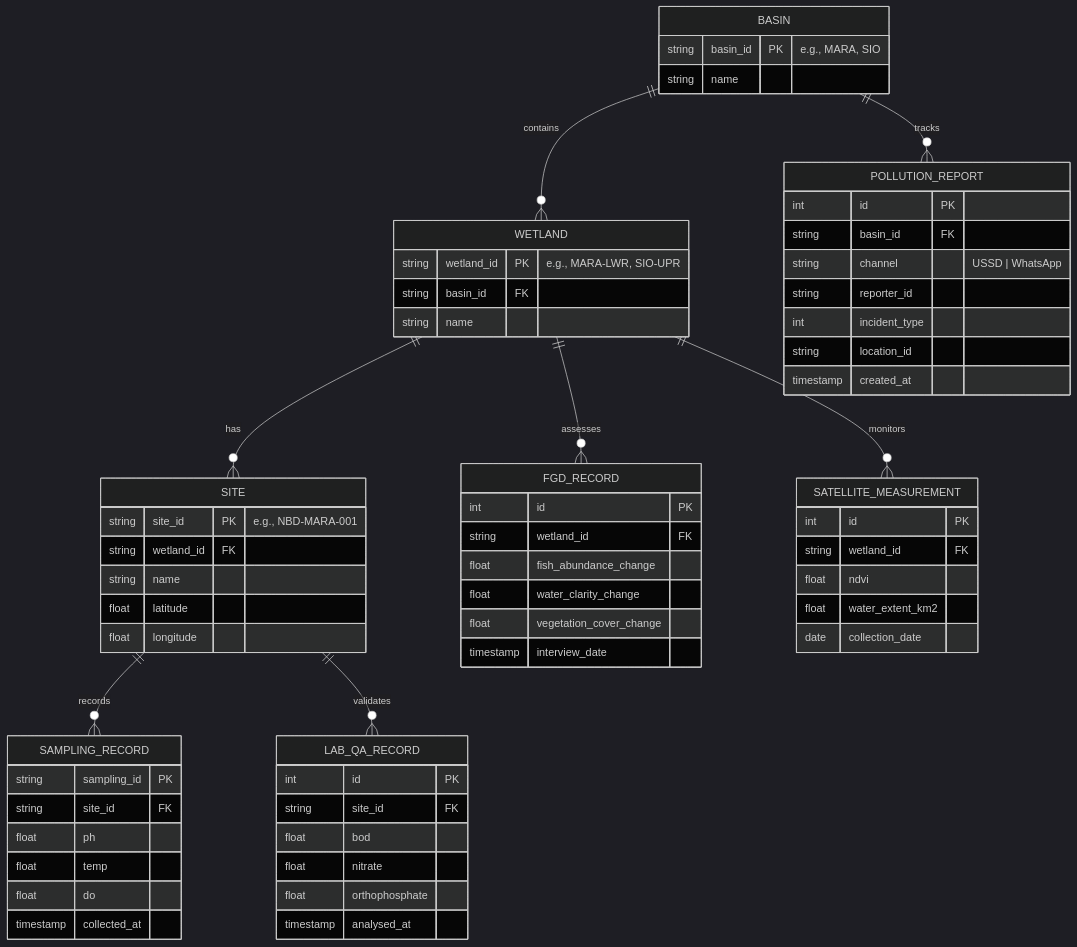
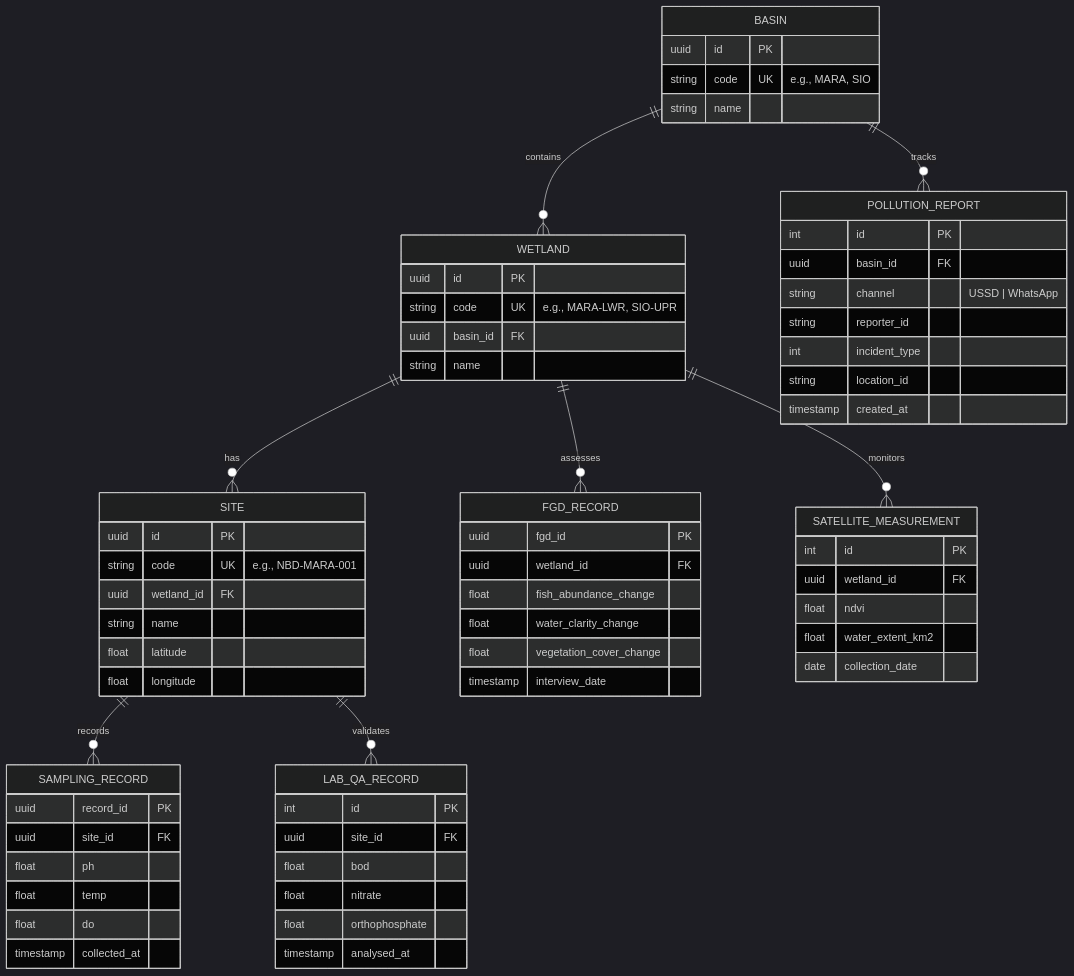
One commit to akvo/nbd-phase-1 changed the second of 2 diagrams in docs/form_definition_schema.md. Above: the diagram before and after it, drawn with Mermaid (dark theme). The commit also changed other lines of this file and 5 other files, not shown here.

Commit message:
[#14] docs(spatial): align schema and api contracts with UUID spatial refactor

````diff
--- a/docs/form_definition_schema.md
+++ b/docs/form_definition_schema.md
@@ -487,67 +488,70 @@
 ```mermaid
 erDiagram
     BASIN {
-        string basin_id PK "e.g., MARA, SIO"
+        uuid id PK
+        string code UK "e.g., MARA, SIO"
         string name
     }
     WETLAND {
-        string wetland_id PK "e.g., MARA-LWR, SIO-UPR"
-        string basin_id FK
+        uuid id PK
+        string code UK "e.g., MARA-LWR, SIO-UPR"
+        uuid basin_id FK
         string name
     }
     SITE {
-        string site_id PK "e.g., NBD-MARA-001"
-        string wetland_id FK
+        uuid id PK
+        string code UK "e.g., NBD-MARA-001"
+        uuid wetland_id FK
         string name
         float latitude
         float longitude
     }
     POLLUTION_REPORT {
         int id PK
-        string basin_id FK
+        uuid basin_id FK
         string channel "USSD | WhatsApp"
         string reporter_id
         int incident_type
         string location_id
         timestamp created_at
     }
     SAMPLING_RECORD {
-        string sampling_id PK
-        string site_id FK
+        uuid record_id PK
+        uuid site_id FK
         float ph
         float temp
         float do
         timestamp collected_at
     }
     LAB_QA_RECORD {
         int id PK
-        string site_id FK
+        uuid site_id FK
         float bod
         float nitrate
         float orthophosphate
         timestamp analysed_at
     }
     FGD_RECORD {
-        int id PK
-        string wetland_id FK
+        uuid fgd_id PK
+        uuid wetland_id FK
         float fish_abundance_change
         float water_clarity_change
         float vegetation_cover_change
         timestamp interview_date
     }
     SATELLITE_MEASUREMENT {
         int id PK
-        string wetland_id FK
+        uuid wetland_id FK
         float ndvi
         float water_extent_km2
         date collection_date
     }
 
     BASIN ||--o{ WETLAND : contains
     BASIN ||--o{ POLLUTION_REPORT : tracks
     WETLAND ||--o{ SITE : has
     WETLAND ||--o{ FGD_RECORD : assesses
     WETLAND ||--o{ SATELLITE_MEASUREMENT : monitors
     SITE ||--o{ SAMPLING_RECORD : records
     SITE ||--o{ LAB_QA_RECORD : validates
 ```
````
